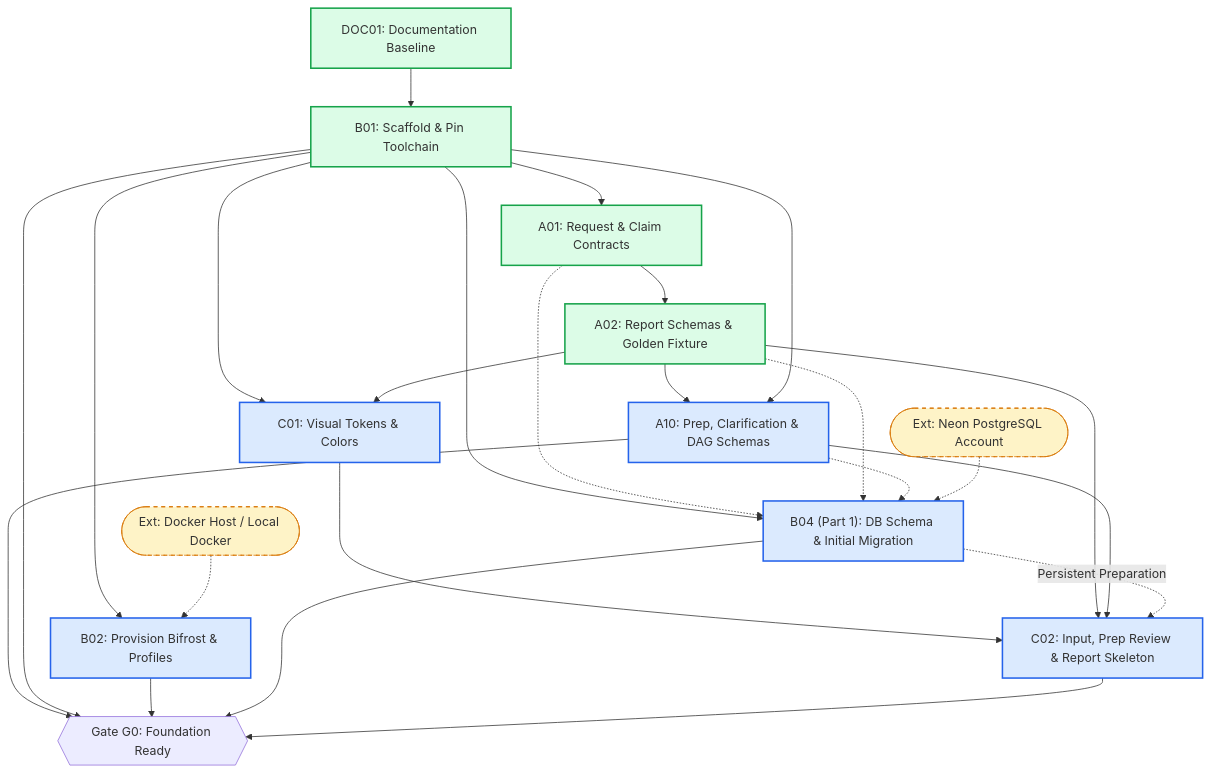
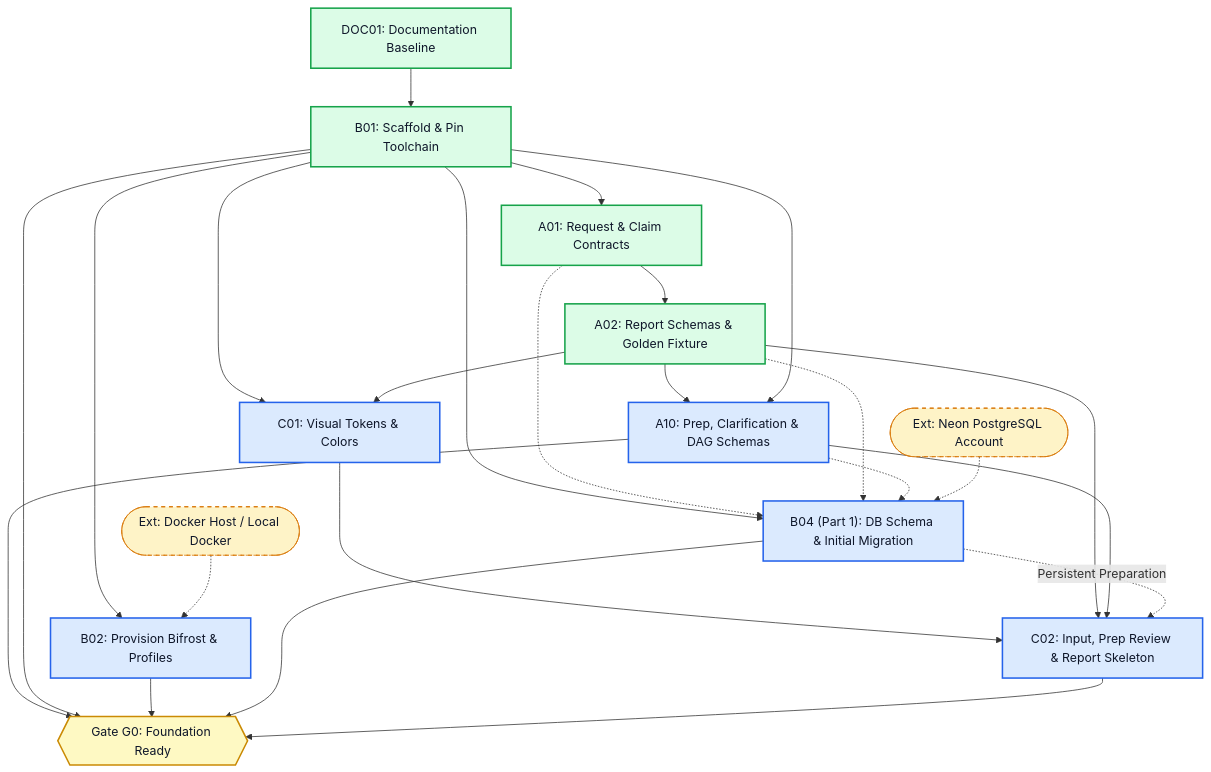
Before and after one commit to Driftaxe/Afterfact: the second of 6 diagrams in docs/PARALLEL-WORK-PLAN.md, drawn with Mermaid. The commit also changed other lines of this file, not shown here.

Commit message:
docs(diagrams): set dark font color on all light background Mermaid nodes

````diff
--- a/docs/PARALLEL-WORK-PLAN.md
+++ b/docs/PARALLEL-WORK-PLAN.md
@@ -129,50 +129,51 @@
 ```mermaid
 flowchart TD
-    classDef verified fill:#dcfce7,stroke:#16a34a,stroke-width:2px;
-    classDef unblocked fill:#dbeafe,stroke:#2563eb,stroke-width:2px;
-    classDef external fill:#fef3c7,stroke:#d97706,stroke-width:1px,stroke-dasharray: 5 5;
+    classDef verified fill:#dcfce7,stroke:#16a34a,stroke-width:2px,color:#0f172a;
+    classDef unblocked fill:#dbeafe,stroke:#2563eb,stroke-width:2px,color:#0f172a;
+    classDef external fill:#fef3c7,stroke:#d97706,stroke-width:1px,stroke-dasharray: 5 5,color:#0f172a;
+    classDef gate fill:#fef9c3,stroke:#ca8a04,stroke-width:2px,color:#0f172a;
 
     DOC01["DOC01: Documentation Baseline"]:::verified
     B01["B01: Scaffold & Pin Toolchain"]:::verified
     A01["A01: Request & Claim Contracts"]:::verified
     A02["A02: Report Schemas & Golden Fixture"]:::verified
     A10["A10: Prep, Clarification & DAG Schemas"]:::unblocked
 
     DockerHost(["Ext: Docker Host / Local Docker"]):::external
     B02["B02: Provision Bifrost & Profiles"]:::unblocked
 
     NeonAcct(["Ext: Neon PostgreSQL Account"]):::external
     B04a["B04 (Part 1): DB Schema & Initial Migration"]:::unblocked
 
     C01["C01: Visual Tokens & Colors"]:::unblocked
     C02["C02: Input, Prep Review & Report Skeleton"]:::unblocked
 
-    GateG0{{"Gate G0: Foundation Ready"}}
+    GateG0{{"Gate G0: Foundation Ready"}}:::gate
 
     DOC01 --> B01
     B01 --> A01
     A01 --> A02
     A02 --> A10
     B01 --> A10
     B01 --> B02
     DockerHost -.-> B02
 
     B01 --> B04a
     A01 -.-> B04a
     A02 -.-> B04a
     A10 -.-> B04a
     NeonAcct -.-> B04a
 
     B01 --> C01
     A02 --> C01
     C01 --> C02
     A02 --> C02
     A10 --> C02
     B04a -.->|Persistent Preparation| C02
 
     A10 --> GateG0
     B01 --> GateG0
     B02 --> GateG0
     B04a --> GateG0
     C02 --> GateG0
 ```
````
